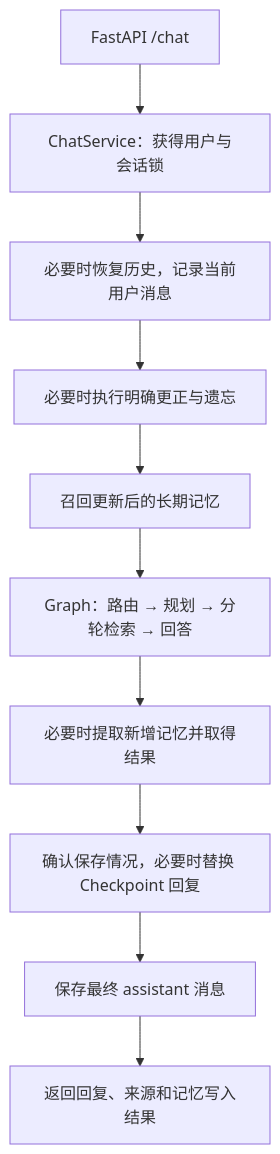
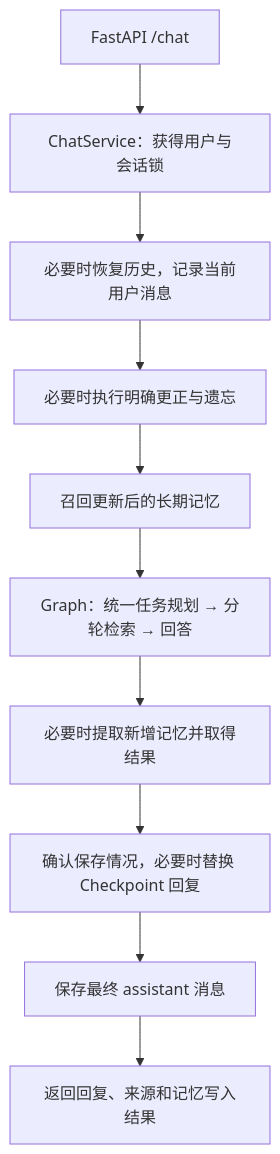
The diagram in docs/module_design.md (y7sssssss/RiceGod), drawn with Mermaid before and after one commit. The commit also changed other lines of this file and 63 other files, not shown here.

````diff
--- a/docs/module_design.md
+++ b/docs/module_design.md
@@ -35,12 +34,12 @@
 ```mermaid
 flowchart TD
     API[FastAPI /chat] --> S[ChatService：获得用户与会话锁]
     S --> H[必要时恢复历史，记录当前用户消息]
     H --> O[必要时执行明确更正与遗忘]
     O --> M[召回更新后的长期记忆]
-    M --> G[Graph：路由 → 规划 → 分轮检索 → 回答]
+    M --> G[Graph：统一任务规划 → 分轮检索 → 回答]
     G --> W[必要时提取新增记忆并取得结果]
     W --> C[确认保存情况，必要时替换 Checkpoint 回复]
     C --> P[保存最终 assistant 消息]
     P --> R[返回回复、来源和记忆写入结果]
 ```
````
